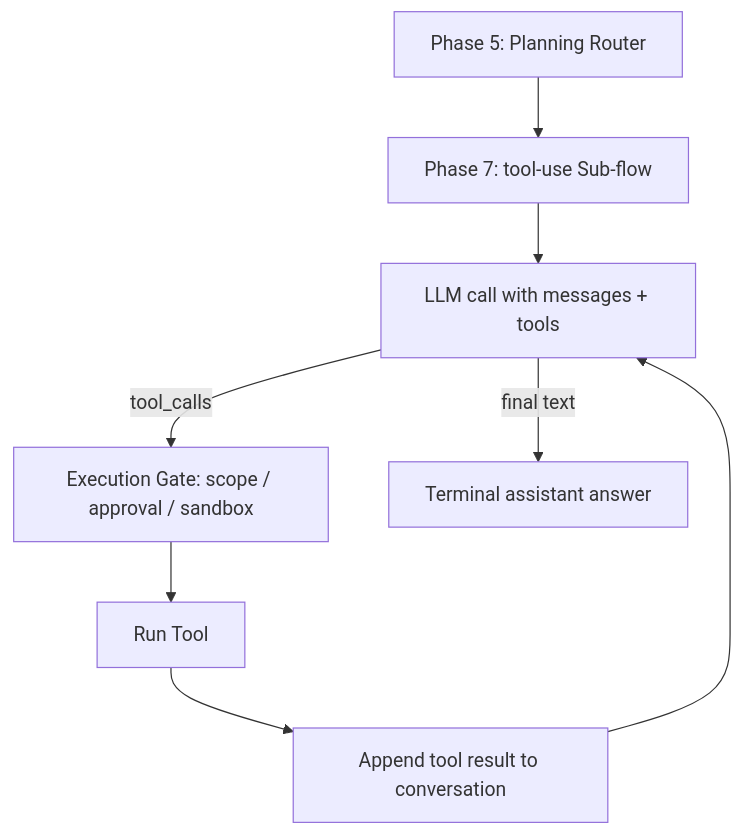
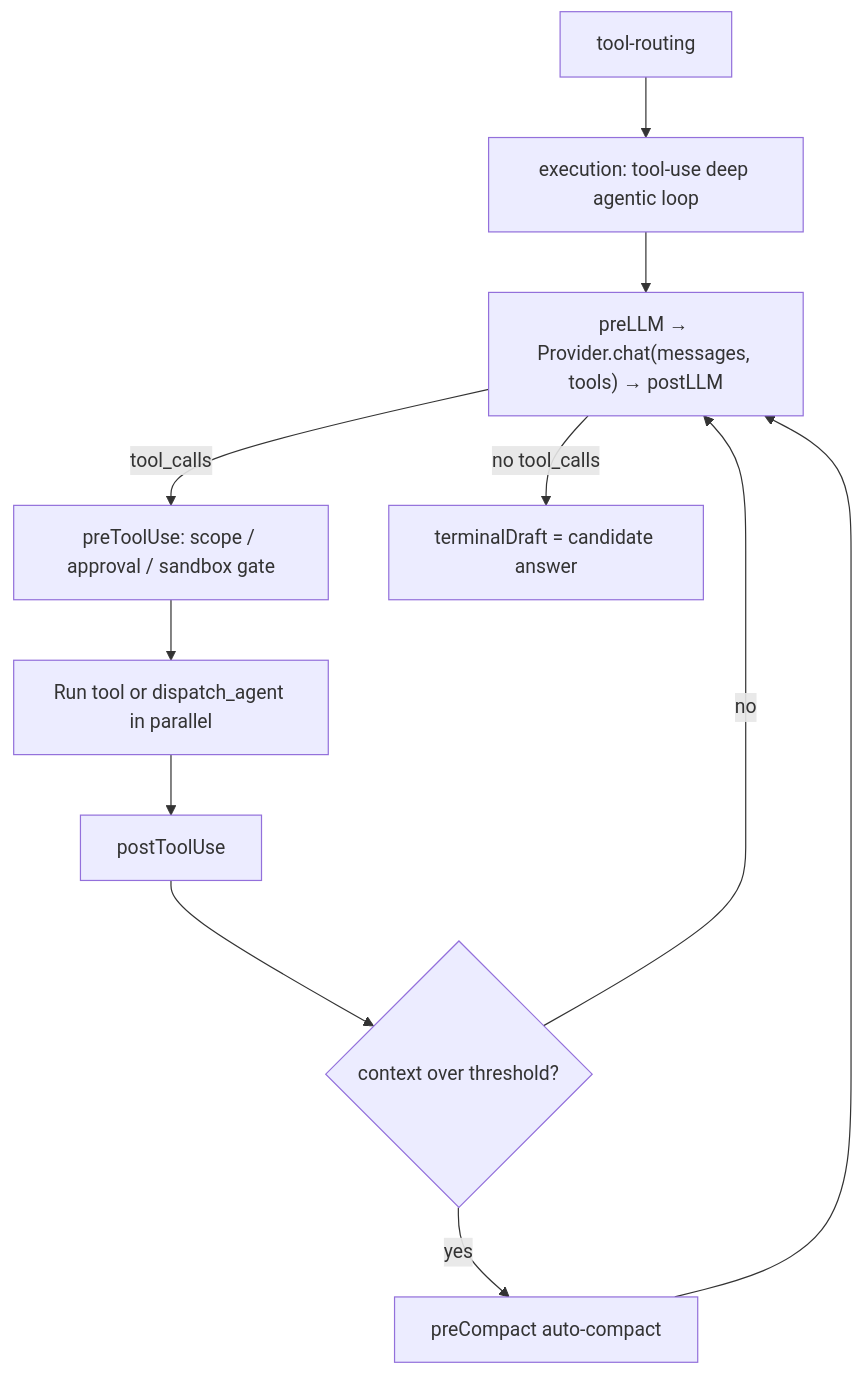
The third of 7 diagrams in docs/architecture/pipeline-phases.md (dangaogit/tachu), drawn with Mermaid before and after one commit. The commit also changed other lines of this file and 103 other files, not shown here.

````diff
--- a/docs/architecture/pipeline-phases.md
+++ b/docs/architecture/pipeline-phases.md
@@ -43,10 +65,13 @@
 ```mermaid
 flowchart TD
-    P5[Phase 5: Planning Router] --> TU[Phase 7: tool-use Sub-flow]
-    TU --> LLM[LLM call with messages + tools]
-    LLM -->|tool_calls| Gate[Execution Gate: scope / approval / sandbox]
-    Gate --> Exec[Run Tool]
-    Exec --> Obs[Append tool result to conversation]
-    Obs --> LLM
-    LLM -->|final text| Out[Terminal assistant answer]
+    TR[tool-routing] --> TU["execution: tool-use deep agentic loop"]
+    TU --> LLM["preLLM → Provider.chat(messages, tools) → postLLM"]
+    LLM -->|tool_calls| Gate["preToolUse: scope / approval / sandbox gate"]
+    Gate --> Exec[Run tool or dispatch_agent in parallel]
+    Exec --> Post[postToolUse]
+    Post --> Compact{context over threshold?}
+    Compact -->|yes| PreCompact[preCompact auto-compact]
+    PreCompact --> LLM
+    Compact -->|no| LLM
+    LLM -->|no tool_calls| Terminal["terminalDraft = candidate answer"]
 ```
````
